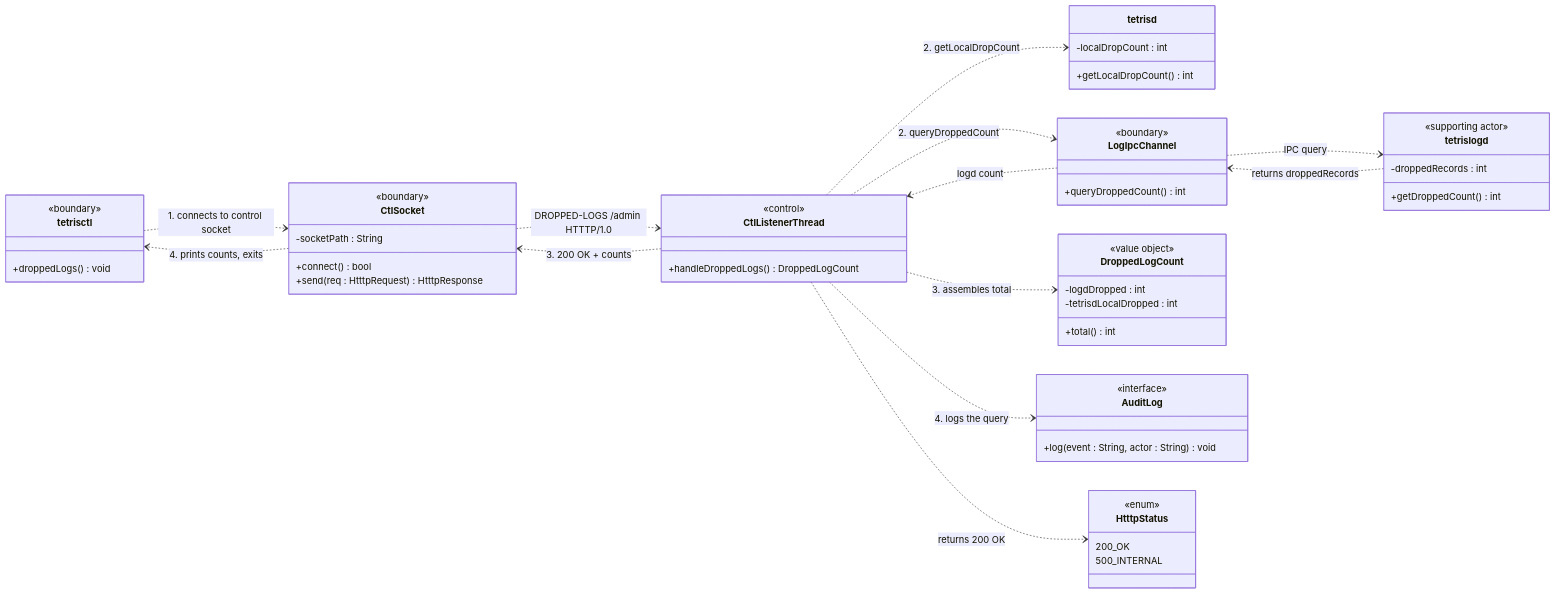
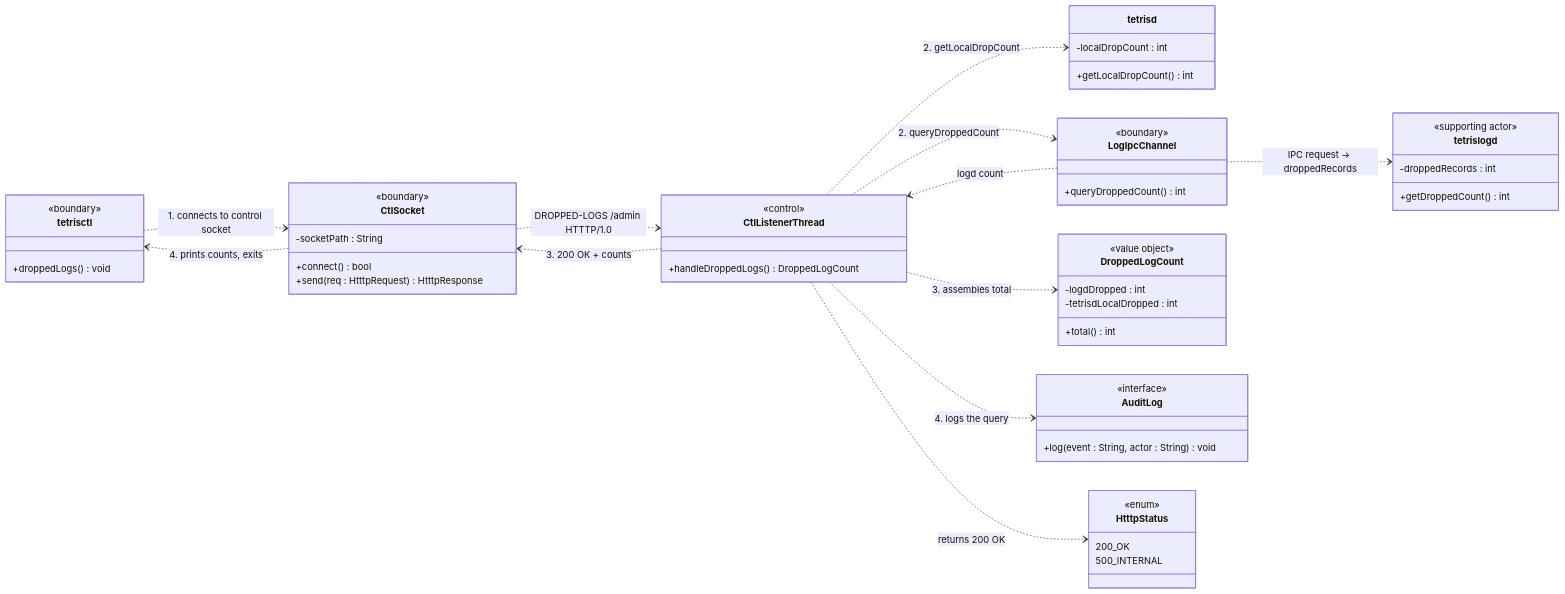
One commit to ziqiqiiii/tetriSH changed the sixth of 6 diagrams in docs/diagrams/use_case_diagrams/uc_diagrams_tetrisctl.md. Above: the diagram before and after it, drawn with Mermaid. The commit also changed other lines of this file, not shown here.

Commit message:
docs: fix tetrisctl use case diagrams (step numbering, GameMode enum, arrow consistency)

````diff
--- a/docs/diagrams/use_case_diagrams/uc_diagrams_tetrisctl.md
+++ b/docs/diagrams/use_case_diagrams/uc_diagrams_tetrisctl.md
@@ -483,60 +484,59 @@
 ```mermaid
 classDiagram
     direction LR
 
     class tetrisctl {
         <<boundary>>
         +droppedLogs() void
     }
     class CtlSocket {
         <<boundary>>
         -socketPath : String
         +connect() bool
         +send(req : HtttpRequest) HtttpResponse
     }
     class CtlListenerThread {
         <<control>>
         +handleDroppedLogs() DroppedLogCount
     }
     class tetrisd {
         -localDropCount : int
         +getLocalDropCount() int
     }
     class LogIpcChannel {
         <<boundary>>
         +queryDroppedCount() int
     }
     class tetrislogd {
         <<supporting actor>>
         -droppedRecords : int
         +getDroppedCount() int
     }
     class DroppedLogCount {
         <<value object>>
         -logdDropped : int
         -tetrisdLocalDropped : int
         +total() int
     }
     class AuditLog {
         <<interface>>
         +log(event : String, actor : String) void
     }
     class HtttpStatus {
         <<enum>>
         200_OK
         500_INTERNAL
     }
 
     tetrisctl ..> CtlSocket : 1. connects to control socket
     CtlSocket ..> CtlListenerThread : DROPPED-LOGS /admin HTTTP/1.0
     CtlListenerThread ..> tetrisd : 2. getLocalDropCount
     CtlListenerThread ..> LogIpcChannel : 2. queryDroppedCount
-    LogIpcChannel ..> tetrislogd : IPC query
-    tetrislogd ..> LogIpcChannel : returns droppedRecords
+    LogIpcChannel ..> tetrislogd : IPC request → droppedRecords
     LogIpcChannel ..> CtlListenerThread : logd count
     CtlListenerThread ..> DroppedLogCount : 3. assembles total
     CtlListenerThread ..> AuditLog : 4. logs the query
     CtlListenerThread ..> HtttpStatus : returns 200 OK
     CtlListenerThread ..> CtlSocket : 3. 200 OK + counts
     CtlSocket ..> tetrisctl : 4. prints counts, exits
 ```
````
